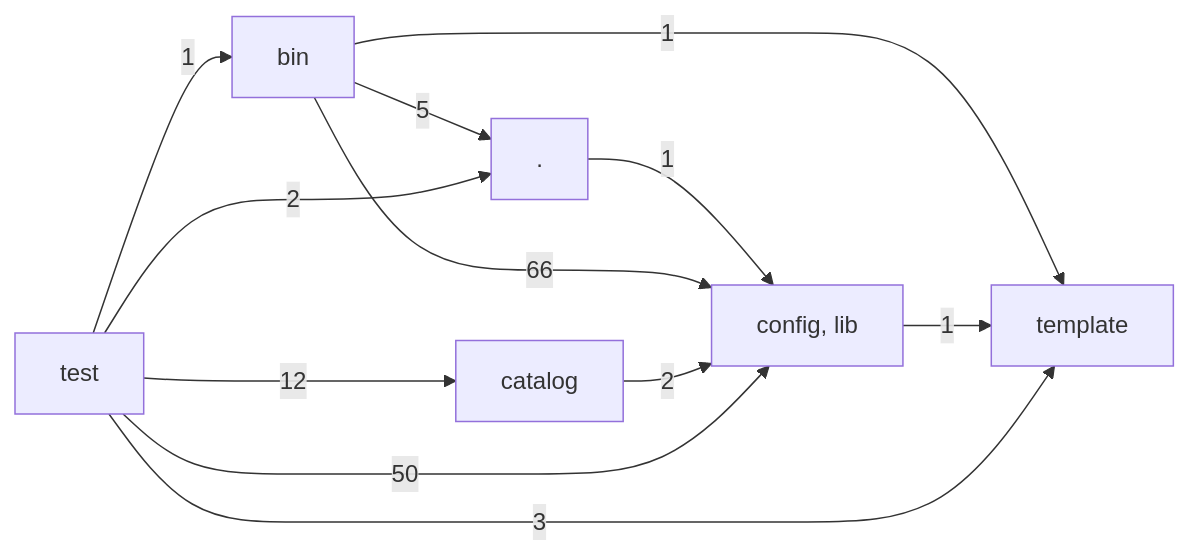
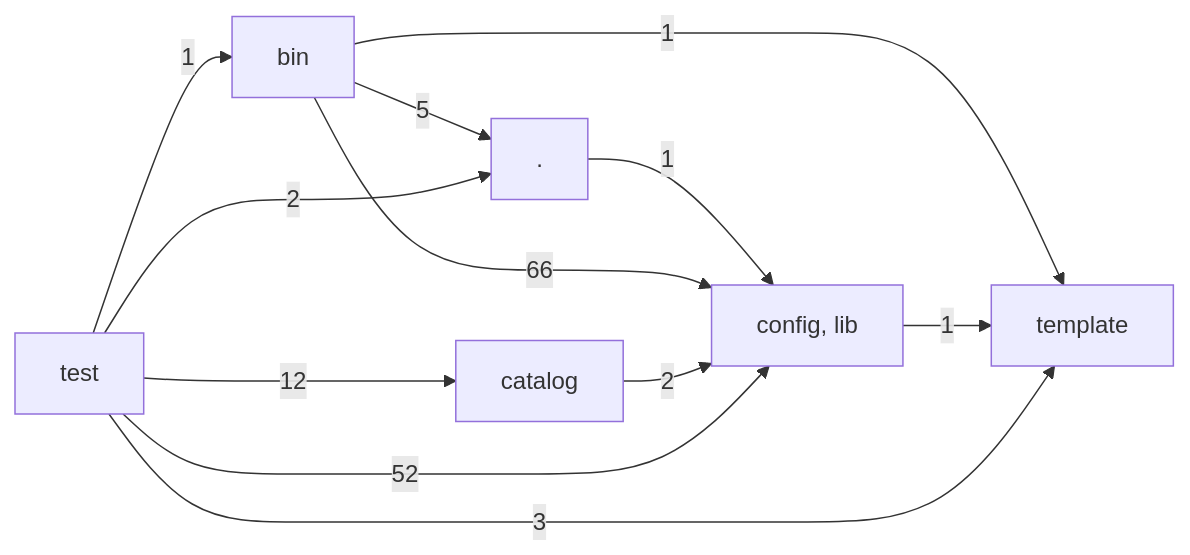
One commit to hackersandwizards/scaffolding changed the diagram in docs/architecture/layers.md. Above: the diagram before and after it, drawn with Mermaid. The commit also changed 8 other files, not shown here.

````diff
--- a/docs/architecture/layers.md
+++ b/docs/architecture/layers.md
@@ -3,20 +3,20 @@
 ```mermaid
 graph LR
   L0["."]
   L1["bin"]
   L2["catalog"]
   L3["config, lib"]
   L4["template"]
   L5["test"]
   L0 -->|1| L3
   L1 -->|5| L0
   L1 -->|66| L3
   L1 -->|1| L4
   L2 -->|2| L3
   L3 -->|1| L4
   L5 -->|2| L0
   L5 -->|1| L1
   L5 -->|12| L2
-  L5 -->|50| L3
+  L5 -->|52| L3
   L5 -->|3| L4
 ```
````
